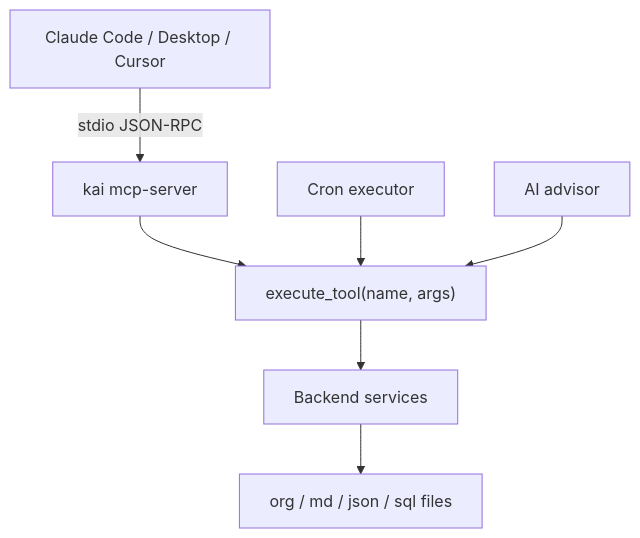
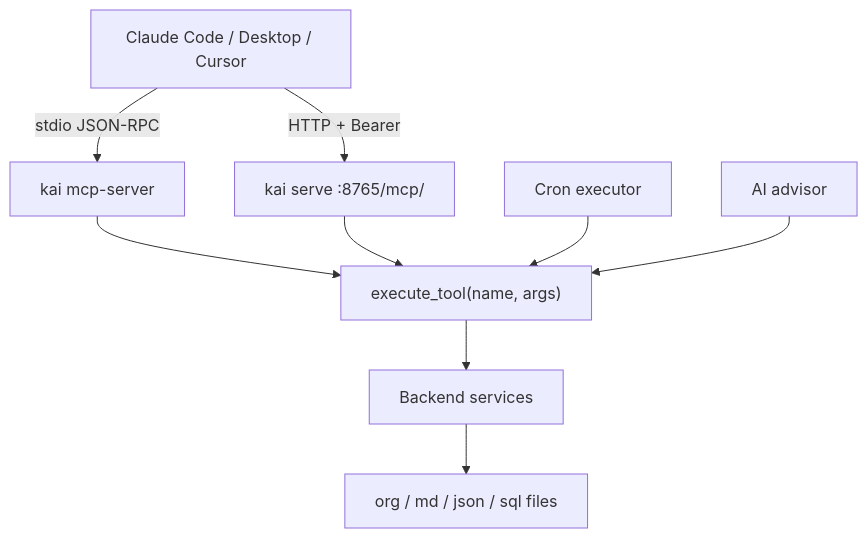
Before and after one commit to ridingbytes/kaisho: the second of 2 diagrams in docs/integrations/mcp.md, drawn with Mermaid. The commit also changed other lines of this file and 5 other files, not shown here.

Commit message:
Expose the MCP server over HTTP so any client can connect with a URL (#139)

````diff
--- a/docs/integrations/mcp.md
+++ b/docs/integrations/mcp.md
@@ -408,11 +506,13 @@
 ```mermaid
 graph TD
     A["Claude Code / Desktop / Cursor"]
     A -->|"stdio JSON-RPC"| B["kai mcp-server"]
+    A -->|"HTTP + Bearer"| H["kai serve  :8765/mcp/"]
     B --> C["execute_tool(name, args)"]
+    H --> C
     C --> D["Backend services"]
     D --> E["org / md / json / sql files"]
 
     F["Cron executor"] --> C
     G["AI advisor"] --> C
 ```
````
